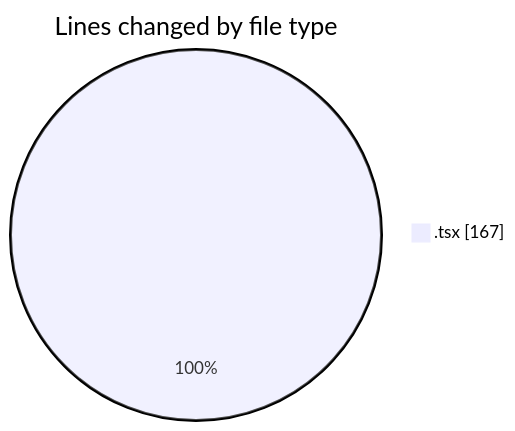
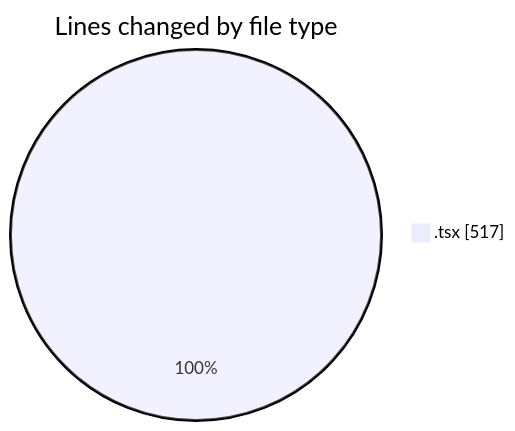
One commit to nxtqubesakshisongat/code-tracking changed the first of 2 diagrams in 2026-02-23/nxtqube_webapp/README.md. Above: the diagram before and after it, drawn with Mermaid. The commit also changed other lines of this file and 1 other file, not shown here.

````diff
--- a/2026-02-23/nxtqube_webapp/README.md
+++ b/2026-02-23/nxtqube_webapp/README.md
@@ -20,5 +21,5 @@
 ```mermaid
 pie showData
 title Lines changed by file type
-".tsx" : 167
+".tsx" : 517
 ```
````
